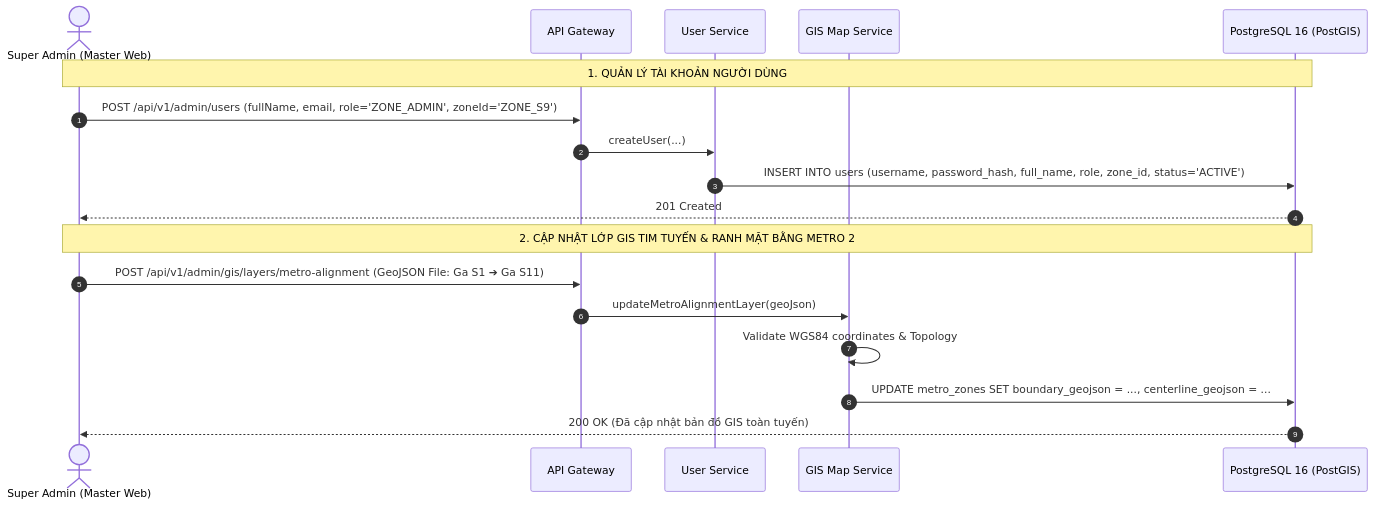
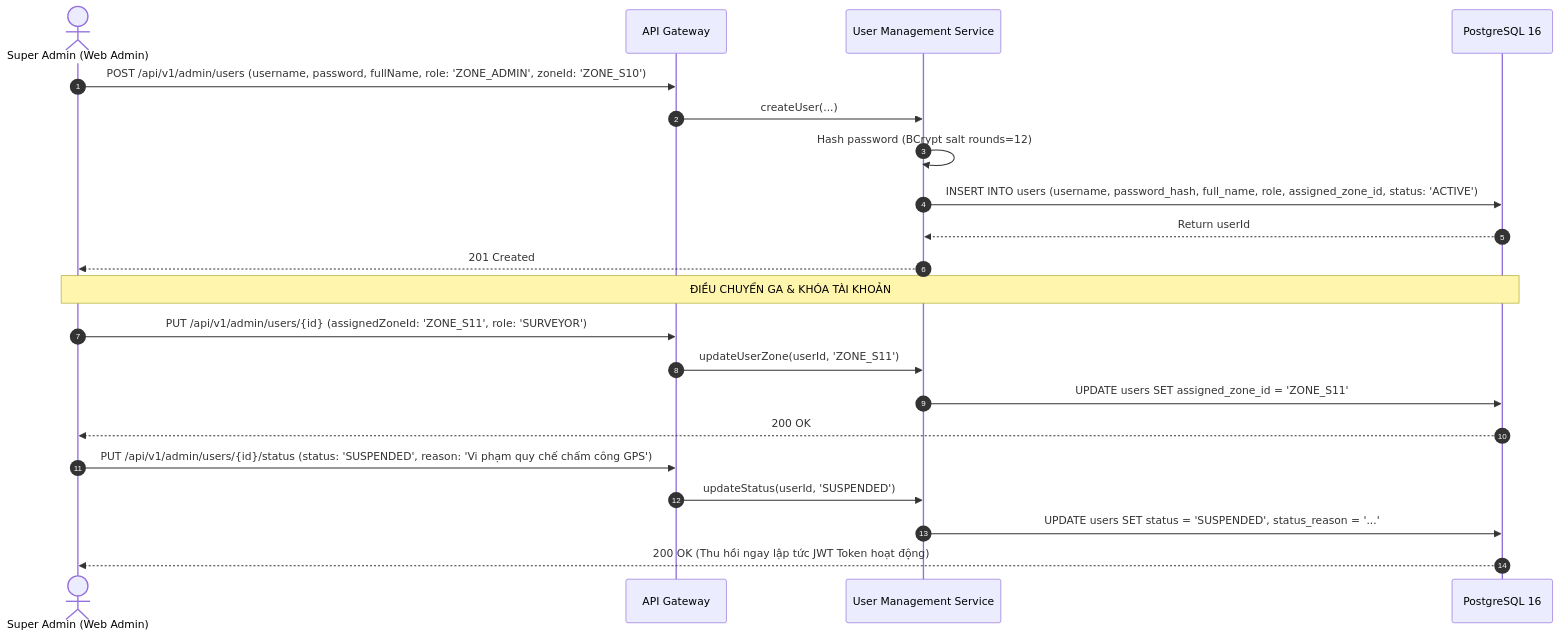
Before and after one commit to Vqd2k6/BCR-System: the seventh of 8 diagrams in srs/notchange/SEQUENCE_DIAGRAMS.md, drawn with Mermaid. The commit also changed other lines of this file and 5 other files, not shown here.

Commit message:
docs(srs): map and synchronize 100% of Class Diagram, Use Cases, Sequence Diagrams, Activity Diagrams, and Survey Forms with API Specification

````diff
--- a/srs/notchange/SEQUENCE_DIAGRAMS.md
+++ b/srs/notchange/SEQUENCE_DIAGRAMS.md
@@ -406,22 +281,26 @@
 ```mermaid
 sequenceDiagram
     autonumber
-    actor SA as Super Admin (Master Web)
+    actor SA as Super Admin (Web Admin)
     participant GW as API Gateway
-    participant US as User Service
-    participant GS as GIS Map Service
-    participant DB as PostgreSQL 16 (PostGIS)
+    participant US as User Management Service
+    participant DB as PostgreSQL 16
 
-    Note over SA,DB: 1. QUẢN LÝ TÀI KHOẢN NGƯỜI DÙNG
-    SA->>GW: POST /api/v1/admin/users (fullName, email, role='ZONE_ADMIN', zoneId='ZONE_S9')
+    SA->>GW: POST /api/v1/admin/users (username, password, fullName, role: 'ZONE_ADMIN', zoneId: 'ZONE_S10')
     GW->>US: createUser(...)
-    US->>DB: INSERT INTO users (username, password_hash, full_name, role, zone_id, status='ACTIVE')
-    DB-->>SA: 201 Created
+    US->>US: Hash password (BCrypt salt rounds=12)
+    US->>DB: INSERT INTO users (username, password_hash, full_name, role, assigned_zone_id, status: 'ACTIVE')
+    DB-->>US: Return userId
+    US-->>SA: 201 Created
 
-    Note over SA,DB: 2. CẬP NHẬT LỚP GIS TIM TUYẾN & RANH MẶT BẰNG METRO 2
-    SA->>GW: POST /api/v1/admin/gis/layers/metro-alignment (GeoJSON File: Ga S1 ➔ Ga S11)
-    GW->>GS: updateMetroAlignmentLayer(geoJson)
-    GS->>GS: Validate WGS84 coordinates & Topology
-    GS->>DB: UPDATE metro_zones SET boundary_geojson = ..., centerline_geojson = ...
-    DB-->>SA: 200 OK (Đã cập nhật bản đồ GIS toàn tuyến)
+    Note over SA,DB: ĐIỀU CHUYỂN GA & KHÓA TÀI KHOẢN
+    SA->>GW: PUT /api/v1/admin/users/{id} (assignedZoneId: 'ZONE_S11', role: 'SURVEYOR')
+    GW->>US: updateUserZone(userId, 'ZONE_S11')
+    US->>DB: UPDATE users SET assigned_zone_id = 'ZONE_S11'
+    DB-->>SA: 200 OK
+
+    SA->>GW: PUT /api/v1/admin/users/{id}/status (status: 'SUSPENDED', reason: 'Vi phạm quy chế chấm công GPS')
+    GW->>US: updateStatus(userId, 'SUSPENDED')
+    US->>DB: UPDATE users SET status = 'SUSPENDED', status_reason = '...'
+    DB-->>SA: 200 OK (Thu hồi ngay lập tức JWT Token hoạt động)
 ```
````
